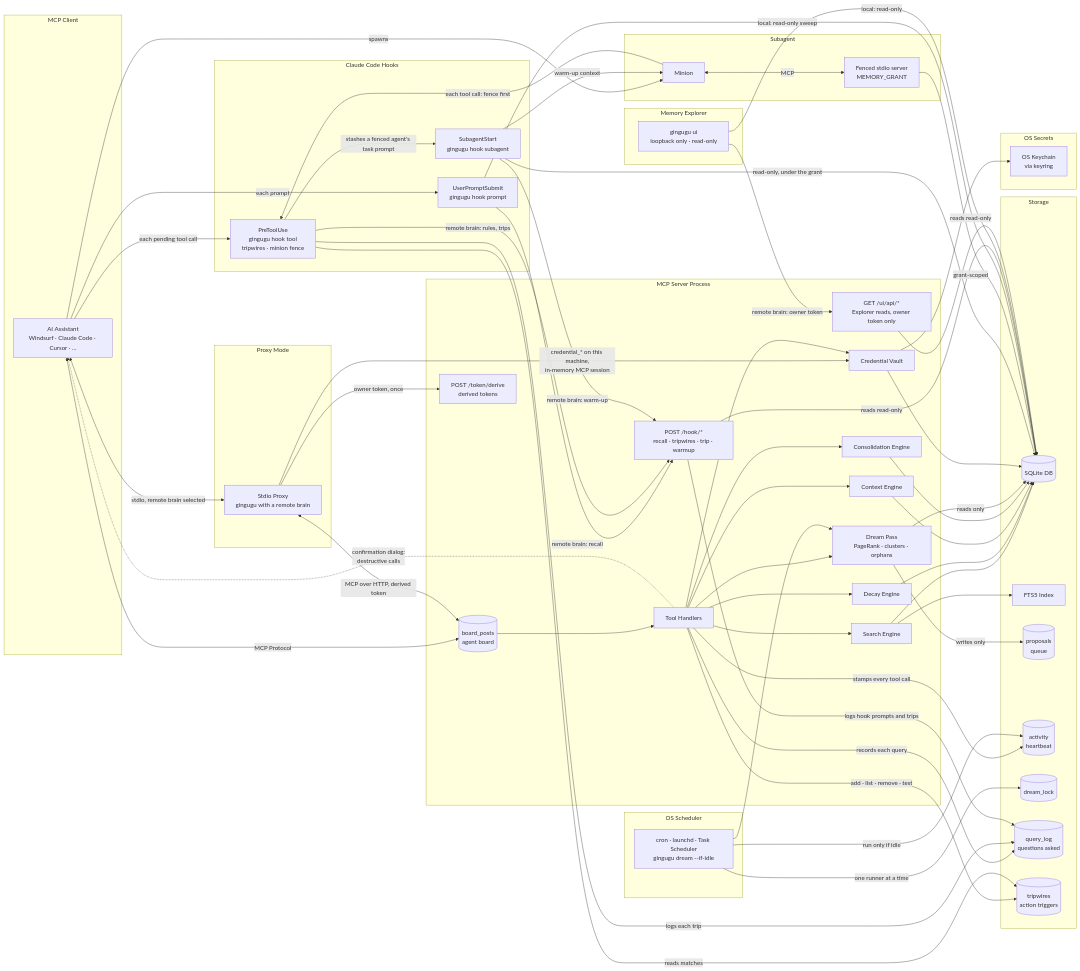
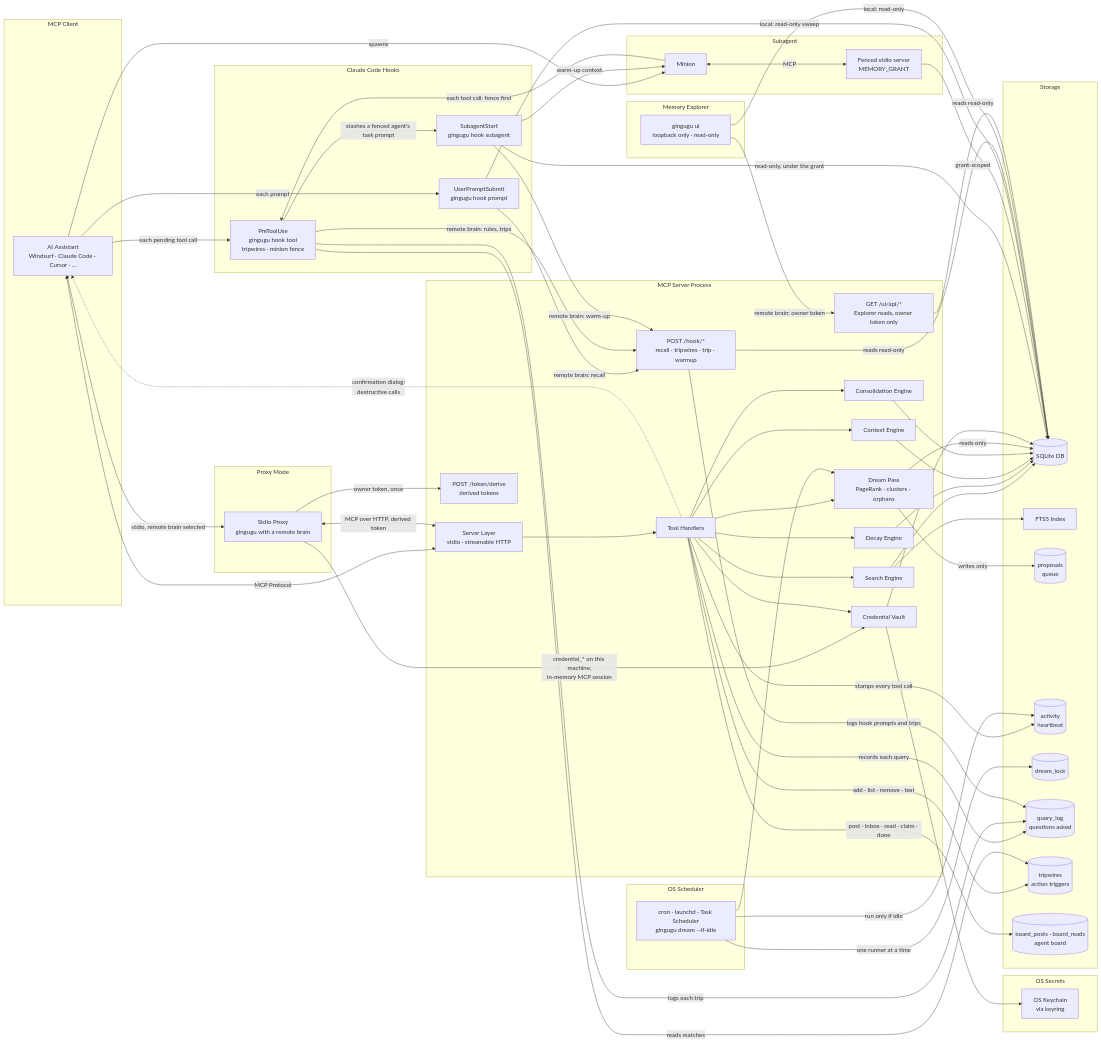
One commit to gingugu/gingugu changed the first of 2 diagrams in docs/architecture.md. Above: the diagram before and after it, drawn with Mermaid. The commit also changed other lines of this file and 2 other files, not shown here.

Commit message:
docs: update .ai knowledge base - board drift from the docs audit
Tool count 21 -> 22 in README, mermaid board node renamed off the server's B id and wired to the handlers, migrations/board.py in the database standard, inbox resource refusal documented.

```diff
--- a/docs/architecture.md
+++ b/docs/architecture.md
@@ -87,7 +87,7 @@
         R[(dream_lock)]
         T[(query_log<br/>questions asked)]
         W[(tripwires<br/>action triggers)]
-        B[(board_posts<br/>agent board)]
+        BP[(board_posts · board_reads<br/>agent board)]
     end
 
     subgraph OS Secrets
@@ -119,6 +119,7 @@
     C -->|stamps every tool call| Q
     C -->|records each query| T
     C -->|add · list · remove · test| W
+    C -->|post · inbox · read · claim · done| BP
     A -->|each pending tool call| Y
     Y -->|reads matches| W
     Y -->|logs each trip| T
```
